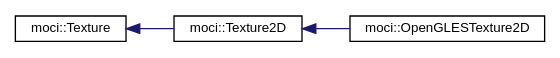
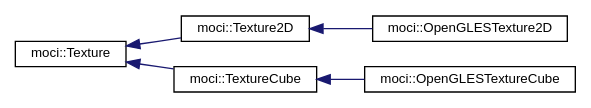
Before and after one commit to tobanteAudio/moci: the diagram in inherit_graph_49.dot, drawn with Graphviz. The commit also changed 60 other files, not shown here.

```diff
--- a/inherit_graph_49.dot
+++ b/inherit_graph_49.dot
@@ -1,12 +1,16 @@
 digraph "Graphical Class Hierarchy"
 {
  // INTERACTIVE_SVG=YES
   edge [fontname="Helvetica",fontsize="10",labelfontname="Helvetica",labelfontsize="10"];
   node [fontname="Helvetica",fontsize="10",shape=record];
   rankdir="LR";
   Node0 [label="moci::Texture",height=0.2,width=0.4,color="black", fillcolor="white", style="filled",URL="$classmoci_1_1Texture.html"];
   Node0 -> Node1 [dir="back",color="midnightblue",fontsize="10",style="solid",fontname="Helvetica"];
   Node1 [label="moci::Texture2D",height=0.2,width=0.4,color="black", fillcolor="white", style="filled",URL="$classmoci_1_1Texture2D.html"];
   Node1 -> Node2 [dir="back",color="midnightblue",fontsize="10",style="solid",fontname="Helvetica"];
   Node2 [label="moci::OpenGLESTexture2D",height=0.2,width=0.4,color="black", fillcolor="white", style="filled",URL="$classmoci_1_1OpenGLESTexture2D.html"];
+  Node0 -> Node3 [dir="back",color="midnightblue",fontsize="10",style="solid",fontname="Helvetica"];
+  Node3 [label="moci::TextureCube",height=0.2,width=0.4,color="black", fillcolor="white", style="filled",URL="$classmoci_1_1TextureCube.html"];
+  Node3 -> Node4 [dir="back",color="midnightblue",fontsize="10",style="solid",fontname="Helvetica"];
+  Node4 [label="moci::OpenGLESTextureCube",height=0.2,width=0.4,color="black", fillcolor="white", style="filled",URL="$classmoci_1_1OpenGLESTextureCube.html"];
 }
```
